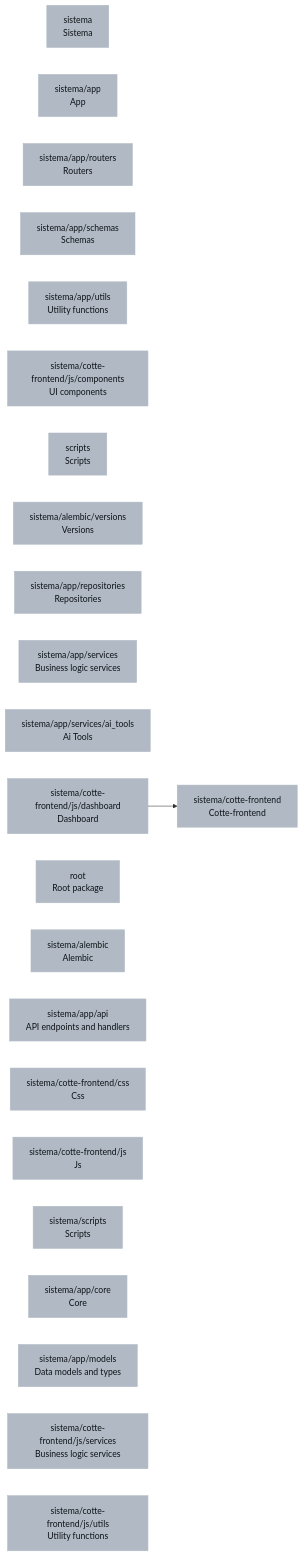
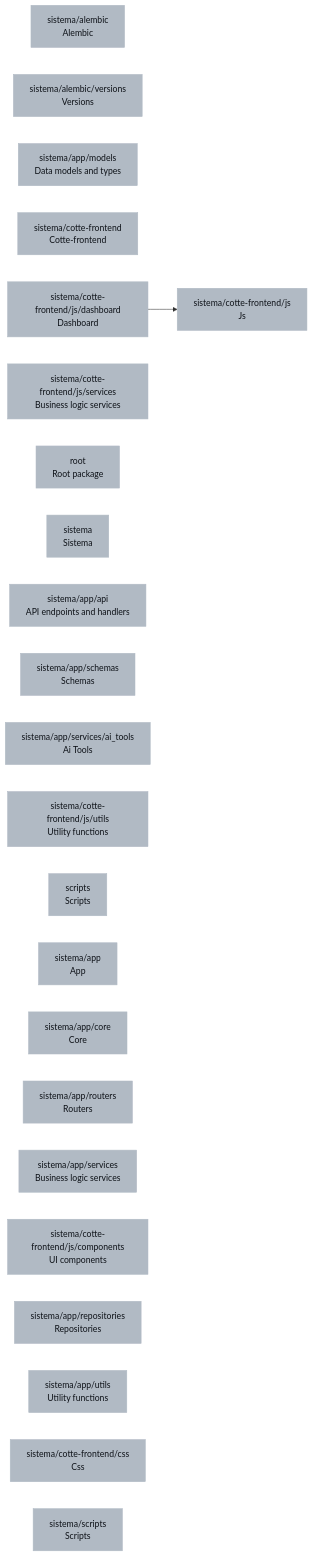
One commit to gersonkraus/cotte.app changed the diagram in DEPENDENCIES.md. Above: the diagram before and after it, drawn with Mermaid. The commit also changed other lines of this file and 15 other files, not shown here.

````diff
--- a/DEPENDENCIES.md
+++ b/DEPENDENCIES.md
@@ -12,29 +5,29 @@
 ```mermaid
 graph LR
+  classDef python fill:#b1bac4,color:#0d1117,stroke:#b1bac4
   classDef javascript fill:#c9d1d9,color:#0d1117,stroke:#c9d1d9
-  classDef python fill:#b1bac4,color:#0d1117,stroke:#b1bac4
+  sistema_alembic["sistema/alembic<br/>Alembic"]:::python
+  sistema_alembic_versions["sistema/alembic/versions<br/>Versions"]:::python
+  sistema_app_models["sistema/app/models<br/>Data models and types"]:::python
+  sistema_cotte_frontend["sistema/cotte-frontend<br/>Cotte-frontend"]:::python
+  sistema_cotte_frontend_js["sistema/cotte-frontend/js<br/>Js"]:::python
+  sistema_cotte_frontend_js_dashboard["sistema/cotte-frontend/js/dashboard<br/>Dashboard"]:::python
+  sistema_cotte_frontend_js_services["sistema/cotte-frontend/js/services<br/>Business logic services"]:::python
+  root["root<br/>Root package"]:::python
   sistema["sistema<br/>Sistema"]:::python
+  sistema_app_api["sistema/app/api<br/>API endpoints and handlers"]:::python
+  sistema_app_schemas["sistema/app/schemas<br/>Schemas"]:::python
+  sistema_app_services_ai_tools["sistema/app/services/ai_tools<br/>Ai Tools"]:::python
+  sistema_cotte_frontend_js_utils["sistema/cotte-frontend/js/utils<br/>Utility functions"]:::python
+  scripts["scripts<br/>Scripts"]:::python
   sistema_app["sistema/app<br/>App"]:::python
+  sistema_app_core["sistema/app/core<br/>Core"]:::python
   sistema_app_routers["sistema/app/routers<br/>Routers"]:::python
-  sistema_app_schemas["sistema/app/schemas<br/>Schemas"]:::python
+  sistema_app_services["sistema/app/services<br/>Business logic services"]:::python
+  sistema_cotte_frontend_js_components["sistema/cotte-frontend/js/components<br/>UI components"]:::python
+  sistema_app_repositories["sistema/app/repositories<br/>Repositories"]:::python
   sistema_app_utils["sistema/app/utils<br/>Utility functions"]:::python
-  sistema_cotte_frontend["sistema/cotte-frontend<br/>Cotte-frontend"]:::python
-  sistema_cotte_frontend_js_components["sistema/cotte-frontend/js/components<br/>UI components"]:::python
-  scripts["scripts<br/>Scripts"]:::python
-  sistema_alembic_versions["sistema/alembic/versions<br/>Versions"]:::python
-  sistema_app_repositories["sistema/app/repositories<br/>Repositories"]:::python
-  sistema_app_services["sistema/app/services<br/>Business logic services"]:::python
-  sistema_app_services_ai_tools["sistema/app/services/ai_tools<br/>Ai Tools"]:::python
-  sistema_cotte_frontend_js_dashboard["sistema/cotte-frontend/js/dashboard<br/>Dashboard"]:::python
-  root["root<br/>Root package"]:::python
-  sistema_alembic["sistema/alembic<br/>Alembic"]:::python
-  sistema_app_api["sistema/app/api<br/>API endpoints and handlers"]:::python
   sistema_cotte_frontend_css["sistema/cotte-frontend/css<br/>Css"]:::python
-  sistema_cotte_frontend_js["sistema/cotte-frontend/js<br/>Js"]:::python
   sistema_scripts["sistema/scripts<br/>Scripts"]:::python
-  sistema_app_core["sistema/app/core<br/>Core"]:::python
-  sistema_app_models["sistema/app/models<br/>Data models and types"]:::python
-  sistema_cotte_frontend_js_services["sistema/cotte-frontend/js/services<br/>Business logic services"]:::python
-  sistema_cotte_frontend_js_utils["sistema/cotte-frontend/js/utils<br/>Utility functions"]:::python
-  sistema_cotte_frontend_js_dashboard --> sistema_cotte_frontend
+  sistema_cotte_frontend_js_dashboard --> sistema_cotte_frontend_js
 ```
````
